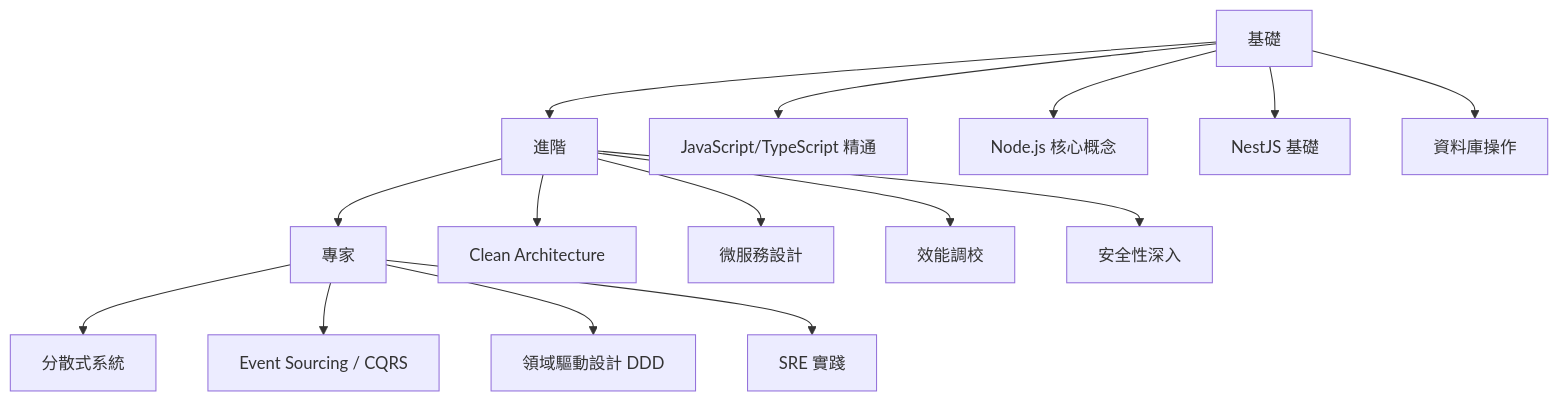
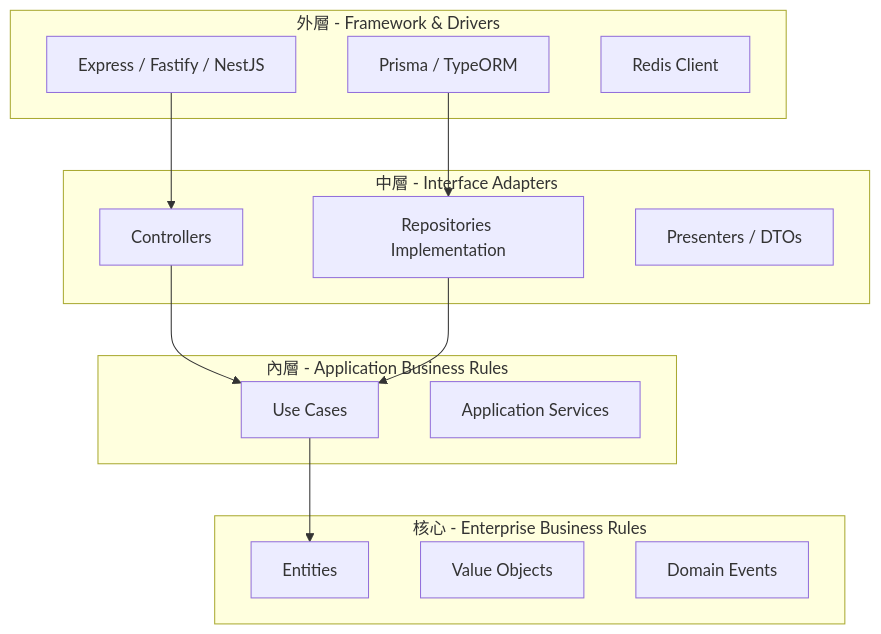
One commit to chihhung/Blog changed diagram 20 of 30 in content/posts/教學/framework/Node.js生態系教學手冊.md. Above: the diagram before and after it, drawn with Mermaid. The commit also changed other lines of this file, not shown here.

Commit message:
更新 Node.js 生態系教學手冊

````diff
--- a/content/posts/教學/framework/Node.js生態系教學手冊.md
+++ b/content/posts/教學/framework/Node.js生態系教學手冊.md
@@ -4818,20 +6691,31 @@
 ```mermaid
 graph TD
-    A[基礎] --> B[進階]
-    B --> C[專家]
+    subgraph "外層 - Framework & Drivers"
+        A[Express / Fastify / NestJS]
+        B[Prisma / TypeORM]
+        C[Redis Client]
+    end
     
-    A --> A1[JavaScript/TypeScript 精通]
-    A --> A2[Node.js 核心概念]
-    A --> A3[NestJS 基礎]
-    A --> A4[資料庫操作]
+    subgraph "中層 - Interface Adapters"
+        D[Controllers]
+        E[Repositories Implementation]
+        F[Presenters / DTOs]
+    end
     
-    B --> B1[Clean Architecture]
-    B --> B2[微服務設計]
-    B --> B3[效能調校]
-    B --> B4[安全性深入]
+    subgraph "內層 - Application Business Rules"
+        G[Use Cases]
+        H[Application Services]
+    end
     
-    C --> C1[分散式系統]
-    C --> C2[Event Sourcing / CQRS]
-    C --> C3[領域驅動設計 DDD]
-    C --> C4[SRE 實踐]
+    subgraph "核心 - Enterprise Business Rules"
+        I[Entities]
+        J[Value Objects]
+        K[Domain Events]
+    end
+    
+    A --> D
+    D --> G
+    G --> I
+    B --> E
+    E --> G
 ```
````
